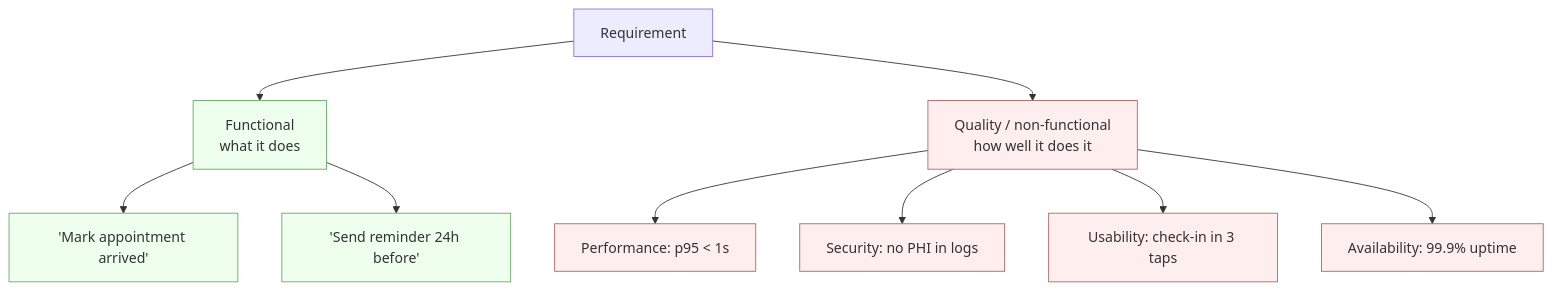
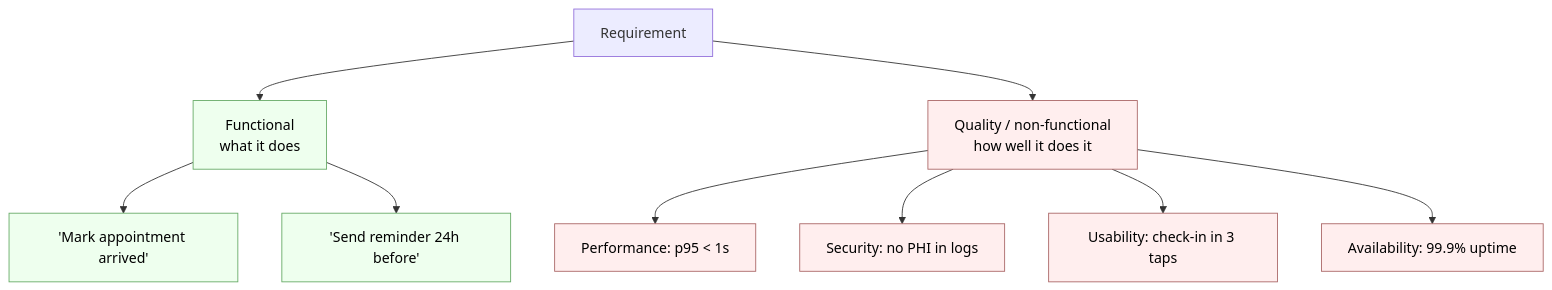
Before and after one commit to vrthra/open-swe-book: the second of 6 diagrams in chapters/03-user-requirements/README.md, drawn with Mermaid. The commit also changed other lines of this file and 9 other files, not shown here.

Commit message:
Fix for typos and diagrams in dark mode

````diff
--- a/chapters/03-user-requirements/README.md
+++ b/chapters/03-user-requirements/README.md
@@ -118,15 +118,15 @@
 ```mermaid
 flowchart TD
     R[Requirement] --> F[Functional<br/>what it does]
     R --> Q[Quality / non-functional<br/>how well it does it]
     F --> F1["'Mark appointment arrived'"]
     F --> F2["'Send reminder 24h before'"]
     Q --> Q1["Performance: p95 < 1s"]
     Q --> Q2["Security: no PHI in logs"]
     Q --> Q3["Usability: check-in in 3 taps"]
     Q --> Q4["Availability: 99.9% uptime"]
-    classDef f fill:#efe,stroke:#6a6;
-    classDef q fill:#fee,stroke:#a66;
+    classDef f fill:#efe,stroke:#6a6,color:#000;
+    classDef q fill:#fee,stroke:#a66,color:#000;
     class F,F1,F2 f;
     class Q,Q1,Q2,Q3,Q4 q;
 ```
````
